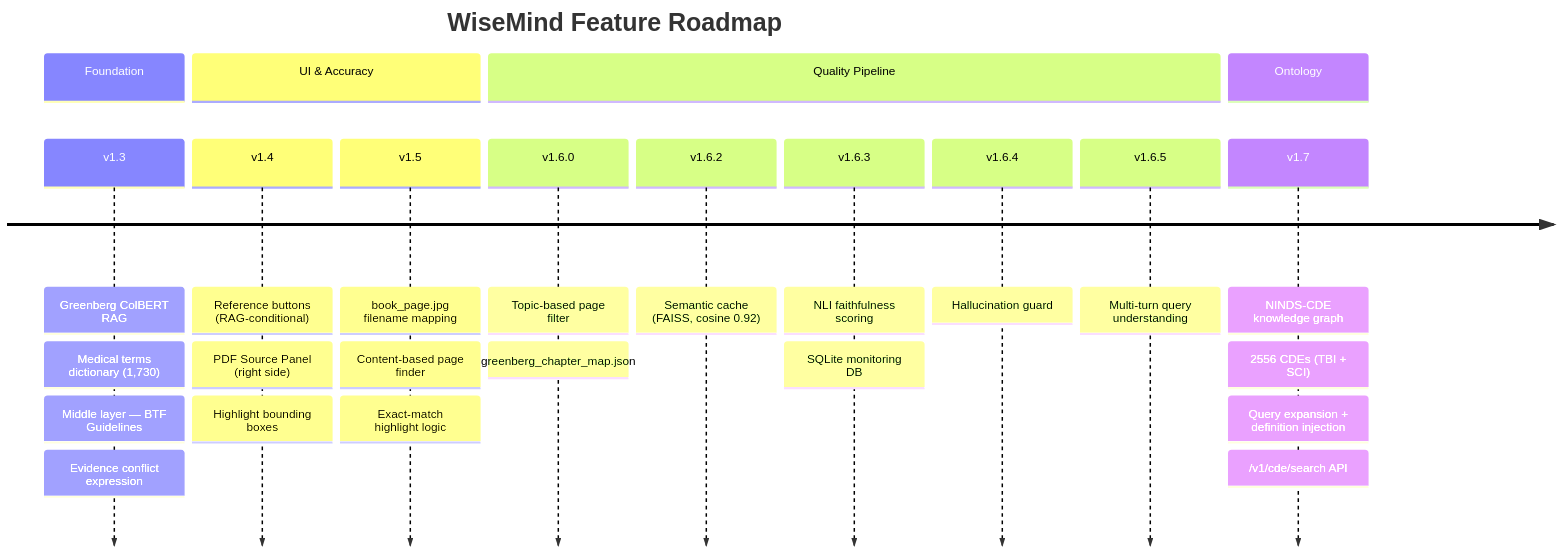
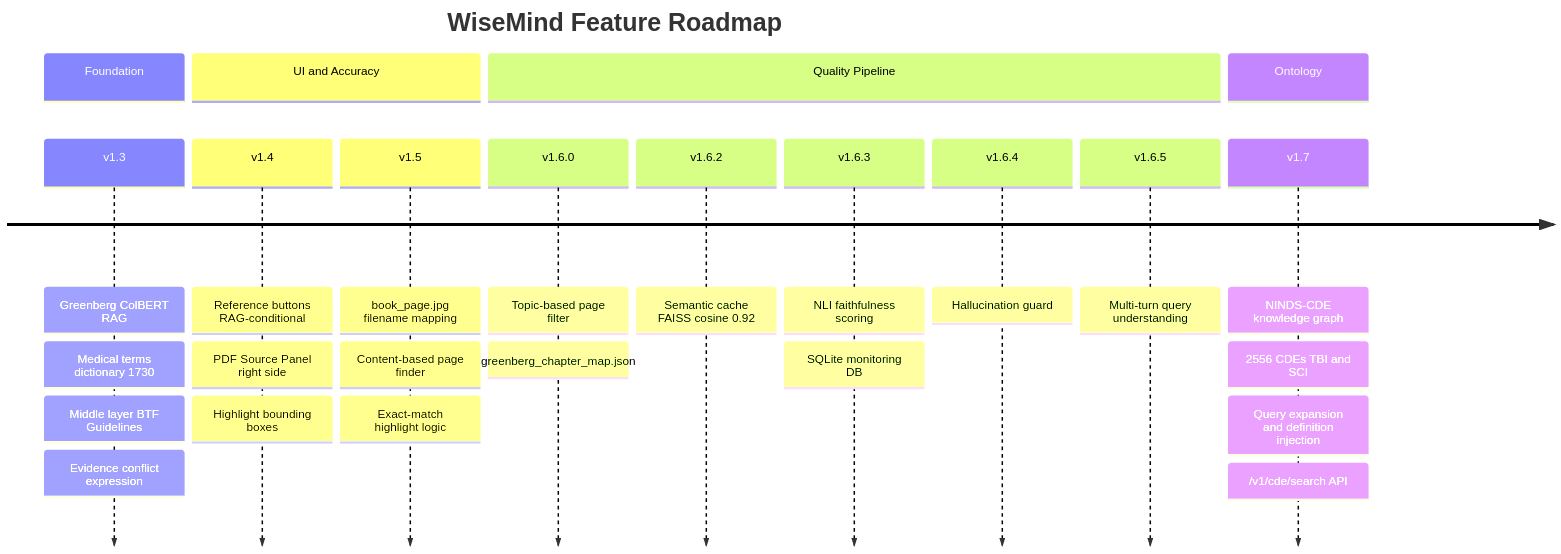
The ninth of 9 diagrams in ARCHITECTURE.md (born-june04/WiseMind), drawn with Mermaid before and after one commit. The commit also changed other lines of this file, not shown here.

Commit message:
docs: restructure ARCHITECTURE.md — high/mid/low level diagrams

````diff
--- a/ARCHITECTURE.md
+++ b/ARCHITECTURE.md
@@ -236,29 +372,29 @@
 ```mermaid
 timeline
     title WiseMind Feature Roadmap
     section Foundation
         v1.3 : Greenberg ColBERT RAG
-             : Medical terms dictionary (1,730)
-             : Middle layer — BTF Guidelines
+             : Medical terms dictionary 1730
+             : Middle layer BTF Guidelines
              : Evidence conflict expression
-    section UI & Accuracy
-        v1.4 : Reference buttons (RAG-conditional)
-             : PDF Source Panel (right side)
+    section UI and Accuracy
+        v1.4 : Reference buttons RAG-conditional
+             : PDF Source Panel right side
              : Highlight bounding boxes
         v1.5 : book_page.jpg filename mapping
              : Content-based page finder
              : Exact-match highlight logic
     section Quality Pipeline
         v1.6.0 : Topic-based page filter
                : greenberg_chapter_map.json
-        v1.6.2 : Semantic cache (FAISS, cosine 0.92)
+        v1.6.2 : Semantic cache FAISS cosine 0.92
         v1.6.3 : NLI faithfulness scoring
                : SQLite monitoring DB
         v1.6.4 : Hallucination guard
         v1.6.5 : Multi-turn query understanding
     section Ontology
         v1.7 : NINDS-CDE knowledge graph
-             : 2556 CDEs (TBI + SCI)
-             : Query expansion + definition injection
+             : 2556 CDEs TBI and SCI
+             : Query expansion and definition injection
              : /v1/cde/search API
 ```
````
